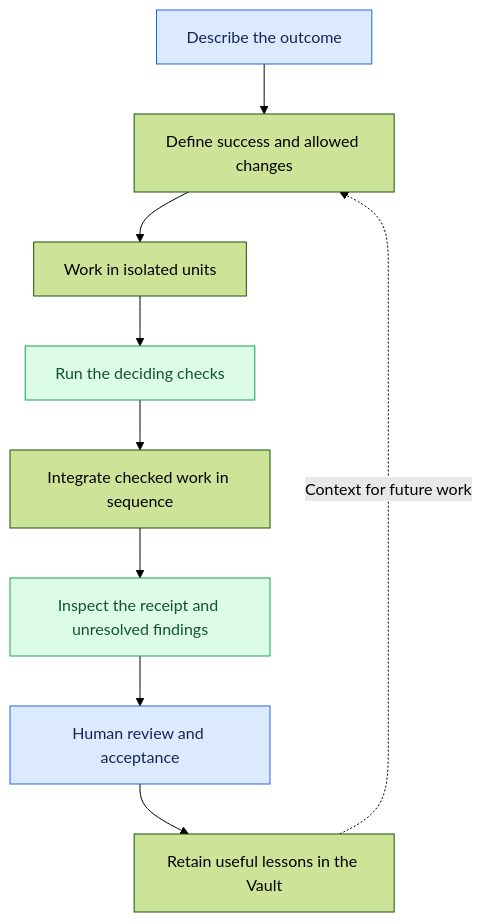
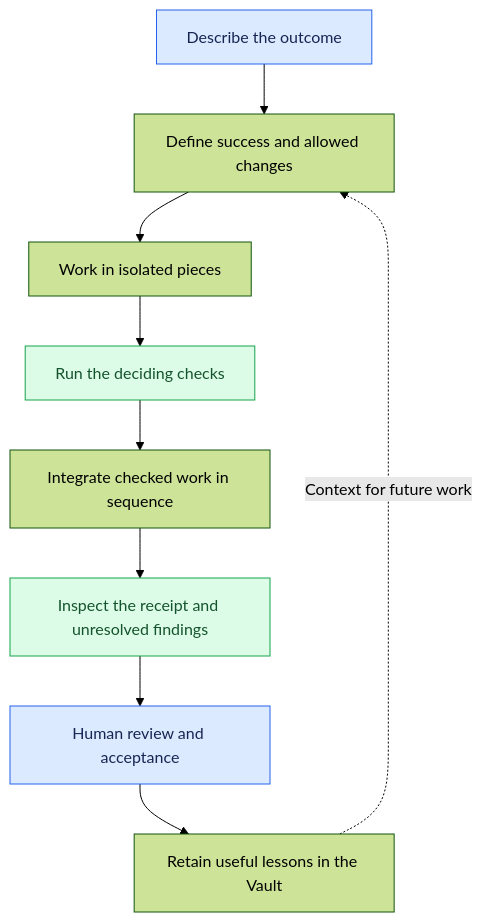
Before and after one commit to khalilmaaouni/Brother: the second of 4 diagrams in README.md, drawn with Mermaid (forest theme). The commit also changed other lines of this file and 168 other files, not shown here.

````diff
--- a/README.md
+++ b/README.md
@@ -292,15 +377,15 @@
 ```mermaid
 flowchart TD
     A[Describe the outcome] --> B[Define success and allowed changes]
-    B --> C[Work in isolated units]
+    B --> C[Work in isolated pieces]
     C --> D[Run the deciding checks]
     D --> E[Integrate checked work in sequence]
     E --> F[Inspect the receipt and unresolved findings]
     F --> G[Human review and acceptance]
     G --> H[Retain useful lessons in the Vault]
     H -. Context for future work .-> B
     classDef human fill:#dbeafe,stroke:#2563eb,color:#172554
     classDef evidence fill:#dcfce7,stroke:#16a34a,color:#14532d
     class A,G human
     class D,F evidence
 ```
````
